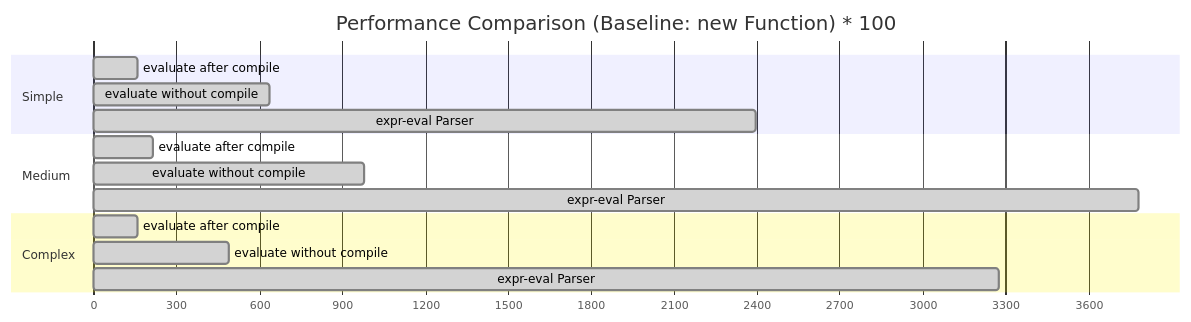
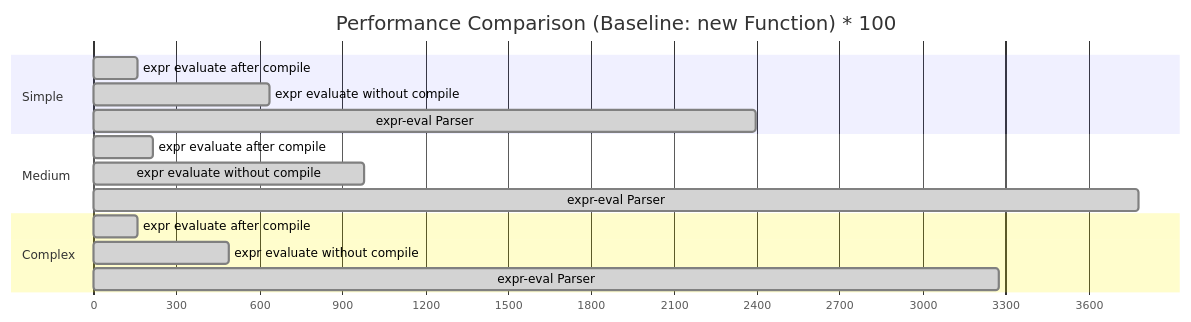
Before and after one commit to antvis/expr: the diagram in README.md, drawn with Mermaid. The commit also changed other lines of this file, not shown here.

````diff
--- a/README.md
+++ b/README.md
@@ -187,21 +174,21 @@
 ```mermaid
 gantt
     title Performance Comparison (Baseline: new Function) * 100
     dateFormat  X
     axisFormat %s
 
     section Simple
-    evaluate after compile    :done, 0, 159
-    evaluate without compile  :done, 0, 636
+    expr evaluate after compile    :done, 0, 159
+    expr evaluate without compile  :done, 0, 636
     expr-eval Parser          :done, 0, 2394
 
     section Medium
-    evaluate after compile    :done, 0, 216
-    evaluate without compile  :done, 0, 981
+    expr evaluate after compile    :done, 0, 216
+    expr evaluate without compile  :done, 0, 981
     expr-eval Parser          :done, 0, 3781
 
     section Complex
-    evaluate after compile    :done, 0, 159
-    evaluate without compile  :done, 0, 489
+    expr evaluate after compile    :done, 0, 159
+    expr evaluate without compile  :done, 0, 489
     expr-eval Parser          :done, 0, 3274
 ```
````
